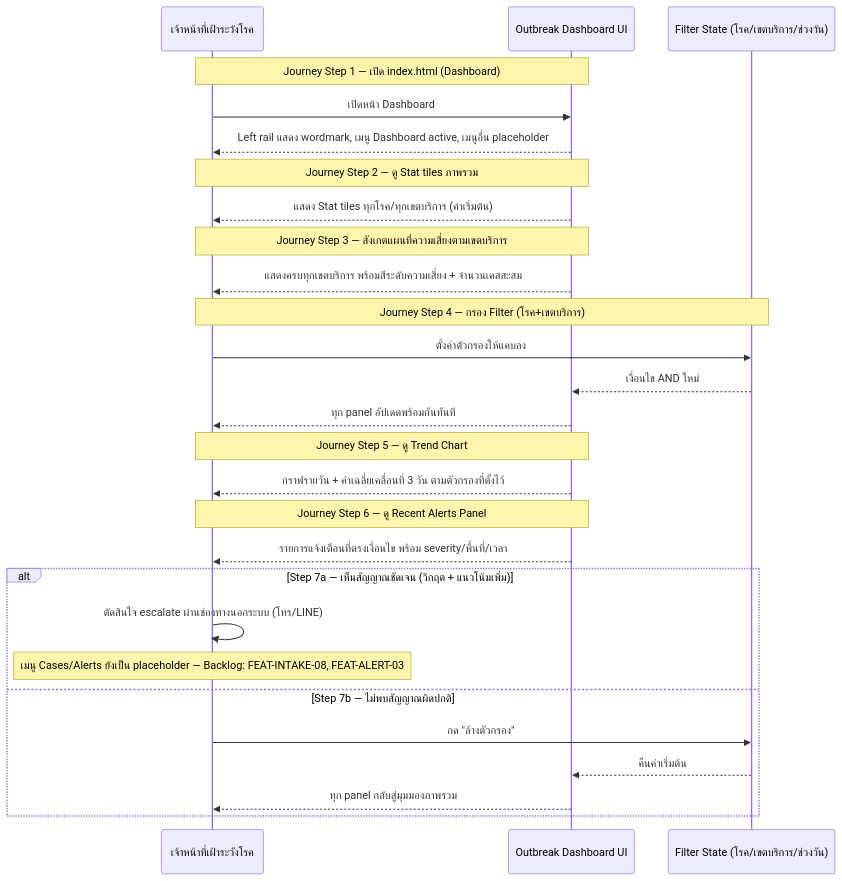
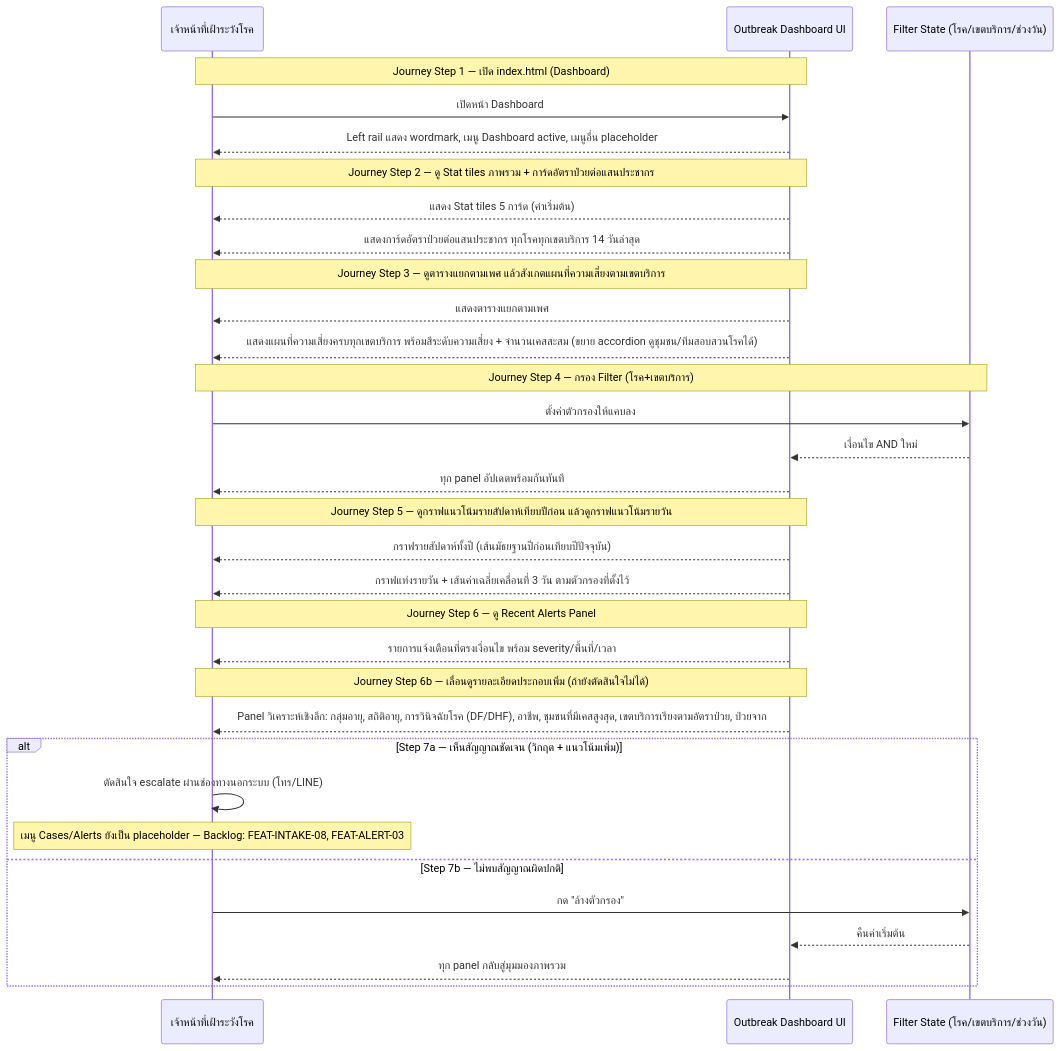
One commit to Plabuchill/AI-DSRP changed the fourth of 4 diagrams in docs/02-design/02-technical/HIGH-LEVEL-ARCHITECTURE.md. Above: the diagram before and after it, drawn with Mermaid. The commit also changed other lines of this file, not shown here.

First line of the commit message:
Sync High-Level Architecture with current Dashboard build and add Component Breakdown/Decision Log

````diff
--- a/docs/02-design/02-technical/HIGH-LEVEL-ARCHITECTURE.md
+++ b/docs/02-design/02-technical/HIGH-LEVEL-ARCHITECTURE.md
@@ -114,36 +116,42 @@
 ```mermaid
 sequenceDiagram
   participant จนท as เจ้าหน้าที่เฝ้าระวังโรค
   participant Dash as Outbreak Dashboard UI
   participant Filter as Filter State (โรค/เขตบริการ/ช่วงวัน)
 
   Note over จนท,Dash: Journey Step 1 — เปิด index.html (Dashboard)
   จนท->>Dash: เปิดหน้า Dashboard
   Dash-->>จนท: Left rail แสดง wordmark, เมนู Dashboard active, เมนูอื่น placeholder
 
-  Note over จนท,Dash: Journey Step 2 — ดู Stat tiles ภาพรวม
-  Dash-->>จนท: แสดง Stat tiles ทุกโรค/ทุกเขตบริการ (ค่าเริ่มต้น)
+  Note over จนท,Dash: Journey Step 2 — ดู Stat tiles ภาพรวม + การ์ดอัตราป่วยต่อแสนประชากร
+  Dash-->>จนท: แสดง Stat tiles 5 การ์ด (ค่าเริ่มต้น)
+  Dash-->>จนท: แสดงการ์ดอัตราป่วยต่อแสนประชากร ทุกโรคทุกเขตบริการ 14 วันล่าสุด
 
-  Note over จนท,Dash: Journey Step 3 — สังเกตแผนที่ความเสี่ยงตามเขตบริการ
-  Dash-->>จนท: แสดงครบทุกเขตบริการ พร้อมสีระดับความเสี่ยง + จำนวนเคสสะสม
+  Note over จนท,Dash: Journey Step 3 — ดูตารางแยกตามเพศ แล้วสังเกตแผนที่ความเสี่ยงตามเขตบริการ
+  Dash-->>จนท: แสดงตารางแยกตามเพศ
+  Dash-->>จนท: แสดงแผนที่ความเสี่ยงครบทุกเขตบริการ พร้อมสีระดับความเสี่ยง + จำนวนเคสสะสม (ขยาย accordion ดูชุมชน/ทีมสอบสวนโรคได้)
 
   Note over จนท,Filter: Journey Step 4 — กรอง Filter (โรค+เขตบริการ)
   จนท->>Filter: ตั้งค่าตัวกรองให้แคบลง
   Filter-->>Dash: เงื่อนไข AND ใหม่
   Dash-->>จนท: ทุก panel อัปเดตพร้อมกันทันที
 
-  Note over จนท,Dash: Journey Step 5 — ดู Trend Chart
-  Dash-->>จนท: กราฟรายวัน + ค่าเฉลี่ยเคลื่อนที่ 3 วัน ตามตัวกรองที่ตั้งไว้
+  Note over จนท,Dash: Journey Step 5 — ดูกราฟแนวโน้มรายสัปดาห์เทียบปีก่อน แล้วดูกราฟแนวโน้มรายวัน
+  Dash-->>จนท: กราฟรายสัปดาห์ทั้งปี (เส้นมัธยฐานปีก่อนเทียบปีปัจจุบัน)
+  Dash-->>จนท: กราฟแท่งรายวัน + เส้นค่าเฉลี่ยเคลื่อนที่ 3 วัน ตามตัวกรองที่ตั้งไว้
 
   Note over จนท,Dash: Journey Step 6 — ดู Recent Alerts Panel
   Dash-->>จนท: รายการแจ้งเตือนที่ตรงเงื่อนไข พร้อม severity/พื้นที่/เวลา
+
+  Note over จนท,Dash: Journey Step 6b — เลื่อนดูรายละเอียดประกอบเพิ่ม (ถ้ายังตัดสินใจไม่ได้)
+  Dash-->>จนท: Panel วิเคราะห์เชิงลึก: กลุ่มอายุ, สถิติอายุ, การวินิจฉัยโรค (DF/DHF), อาชีพ, ชุมชนที่มีเคสสูงสุด, เขตบริการเรียงตามอัตราป่วย, ป่วยจาก
 
   alt Step 7a — เห็นสัญญาณชัดเจน (วิกฤต + แนวโน้มเพิ่ม)
     จนท->>จนท: ตัดสินใจ escalate ผ่านช่องทางนอกระบบ (โทร/LINE)
     Note over จนท: เมนู Cases/Alerts ยังเป็น placeholder — Backlog: FEAT-INTAKE-08, FEAT-ALERT-03
   else Step 7b — ไม่พบสัญญาณผิดปกติ
     จนท->>Filter: กด "ล้างตัวกรอง"
     Filter-->>Dash: คืนค่าเริ่มต้น
     Dash-->>จนท: ทุก panel กลับสู่มุมมองภาพรวม
   end
 ```
````
